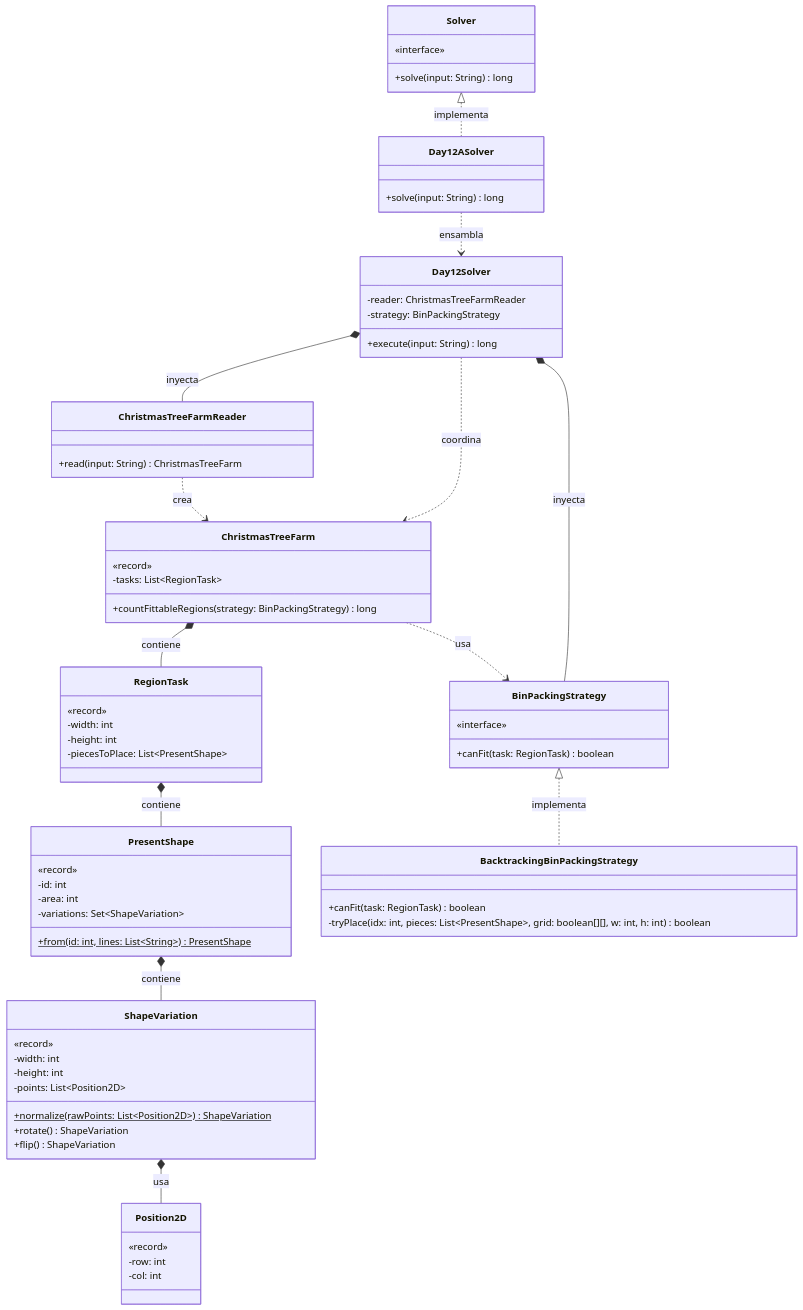
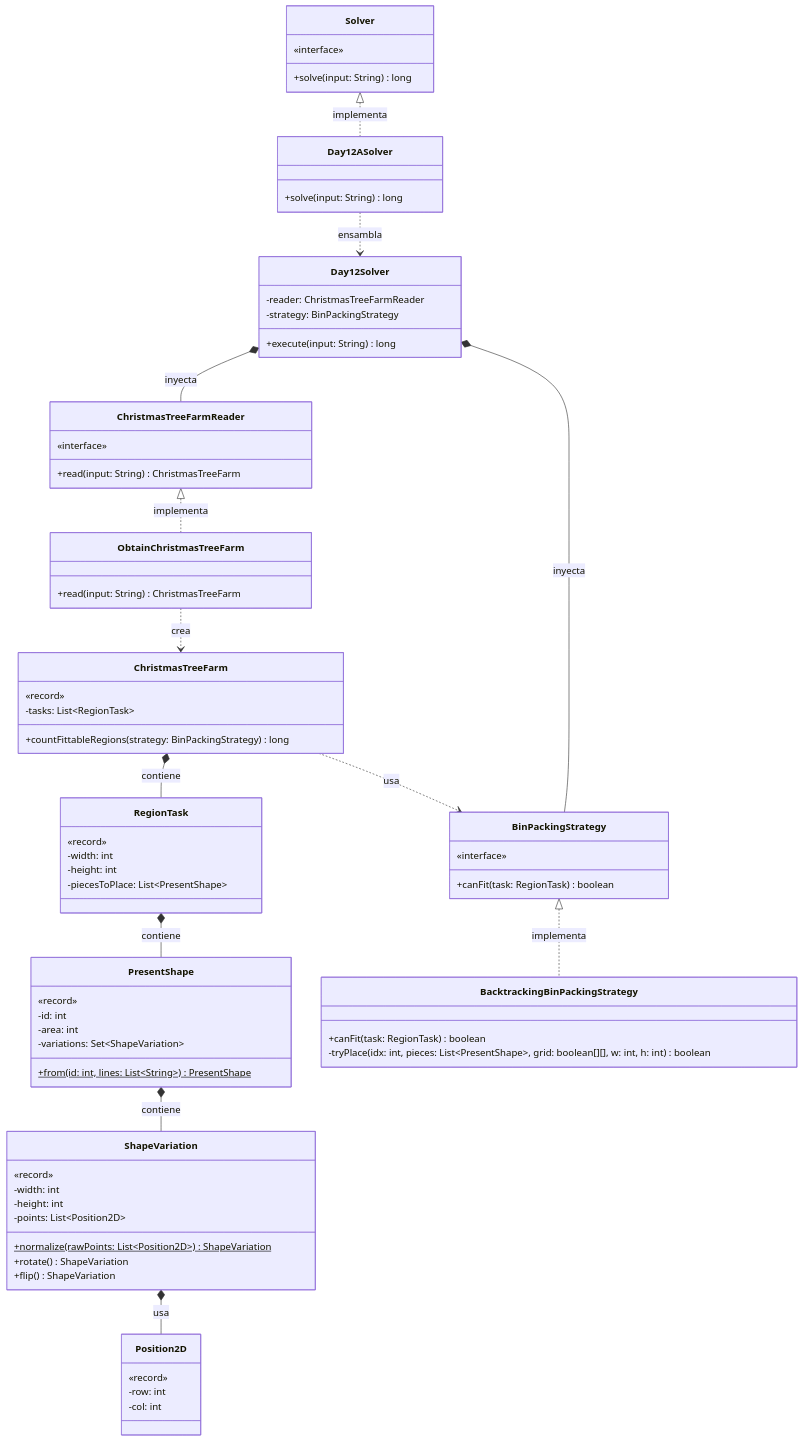
One commit to ivanperezdiaz829/AoC2025 changed the diagram in src/main/java/software/aoc/day12/README.md. Above: the diagram before and after it, drawn with Mermaid. The commit also changed other lines of this file, not shown here.

Commit message:
fix(README): Relations modified

````diff
--- a/src/main/java/software/aoc/day12/README.md
+++ b/src/main/java/software/aoc/day12/README.md
@@ -103,12 +103,18 @@
   }
 
   class ChristmasTreeFarmReader {
+    «interface»
+    +read(input: String) ChristmasTreeFarm
+  }
+
+  class ObtainChristmasTreeFarm {
     +read(input: String) ChristmasTreeFarm
   }
 
 %% Relaciones de Implementación
   Solver <|.. Day12ASolver : implementa
   BinPackingStrategy <|.. BacktrackingBinPackingStrategy : implementa
+  ChristmasTreeFarmReader <|.. ObtainChristmasTreeFarm : implementa
 
 %% Relaciones de Ensamblaje e Inyección
   Day12ASolver ..> Day12Solver : ensambla
@@ -116,11 +122,10 @@
   Day12Solver *-- BinPackingStrategy : inyecta
 
 %% Relaciones de Dominio
-  Day12Solver ..> ChristmasTreeFarm : coordina
   ChristmasTreeFarm *-- RegionTask : contiene
   ChristmasTreeFarm ..> BinPackingStrategy : usa
   RegionTask *-- PresentShape : contiene
   PresentShape *-- ShapeVariation : contiene
   ShapeVariation *-- Position2D : usa
-  ChristmasTreeFarmReader ..> ChristmasTreeFarm : crea
+  ObtainChristmasTreeFarm ..> ChristmasTreeFarm : crea
 ```
````
